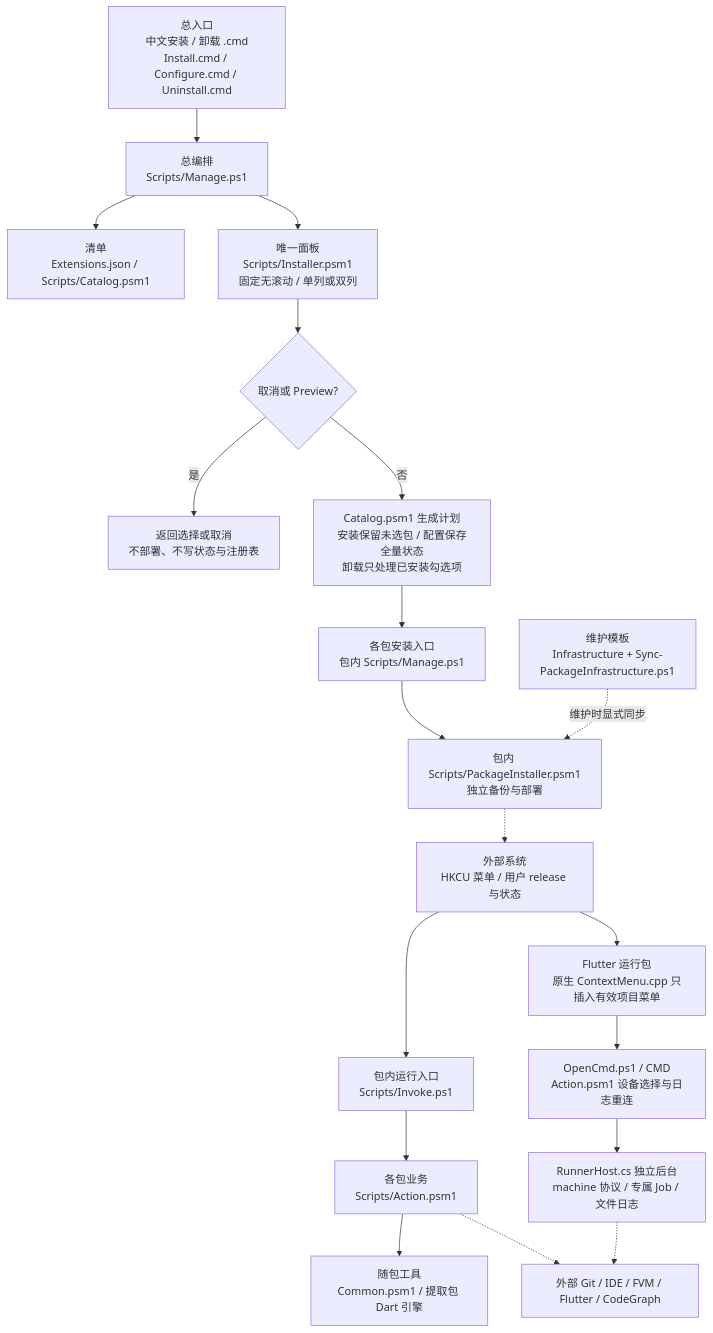
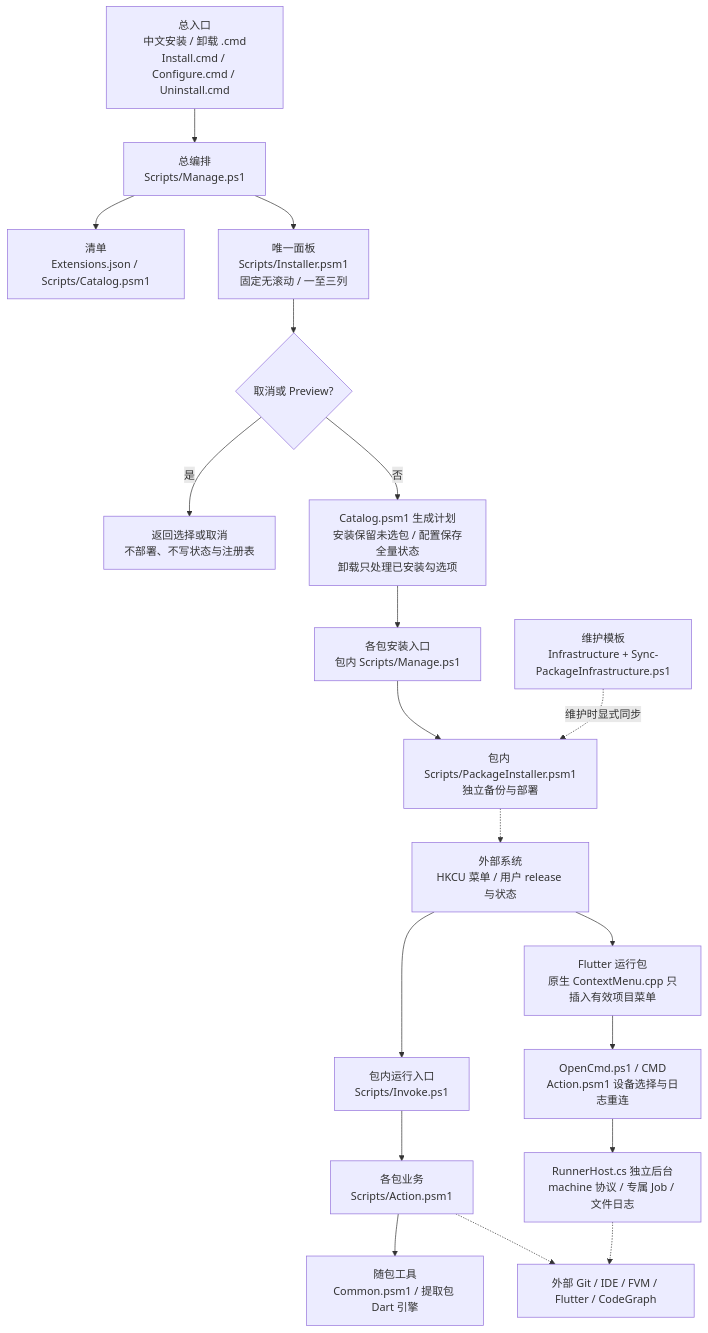
The first of 3 diagrams in README.md (JobsKits/WindowsOS_Extension), drawn with Mermaid before and after one commit. The commit also changed other lines of this file and 101 other files, not shown here.

````diff
--- a/README.md
+++ b/README.md
@@ -493,21 +522,21 @@
 ```mermaid
 flowchart TD
     A["总入口<br/>中文安装 / 卸载 .cmd<br/>Install.cmd / Configure.cmd / Uninstall.cmd"] --> B["总编排<br/>Scripts/Manage.ps1"]
     B --> C["清单<br/>Extensions.json / Scripts/Catalog.psm1"]
-    B --> D["唯一面板<br/>Scripts/Installer.psm1<br/>固定无滚动 / 单列或双列"]
+    B --> D["唯一面板<br/>Scripts/Installer.psm1<br/>固定无滚动 / 一至三列"]
     D --> P{"取消或 Preview?"}
     P -->|是| Q["返回选择或取消<br/>不部署、不写状态与注册表"]
     P -->|否| R["Catalog.psm1 生成计划<br/>安装保留未选包 / 配置保存全量状态<br/>卸载只处理已安装勾选项"]
     R --> E["各包安装入口<br/>包内 Scripts/Manage.ps1"]
     E --> F["包内 Scripts/PackageInstaller.psm1<br/>独立备份与部署"]
     F -.-> G["外部系统<br/>HKCU 菜单 / 用户 release 与状态"]
     G --> H["包内运行入口<br/>Scripts/Invoke.ps1"]
     H --> I["各包业务<br/>Scripts/Action.psm1"]
     I --> J["随包工具<br/>Common.psm1 / 提取包 Dart 引擎"]
     I -.-> K["外部 Git / IDE / FVM / Flutter / CodeGraph"]
     G --> N["Flutter 运行包<br/>原生 ContextMenu.cpp 只插入有效项目菜单"]
     N --> O["OpenCmd.ps1 / CMD<br/>Action.psm1 设备选择与日志重连"]
     O --> T["RunnerHost.cs 独立后台<br/>machine 协议 / 专属 Job / 文件日志"]
     T -.-> K
     L["维护模板<br/>Infrastructure + Sync-PackageInfrastructure.ps1"] -.->|维护时显式同步| F
 ```
````
